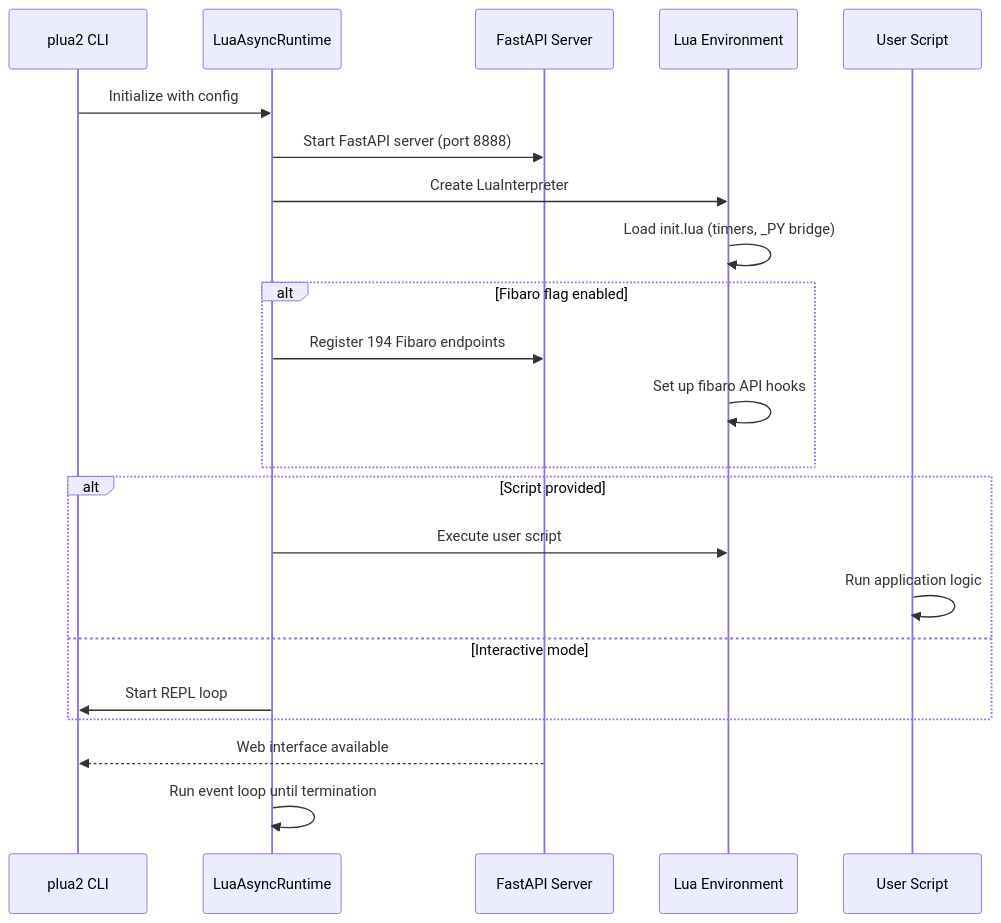
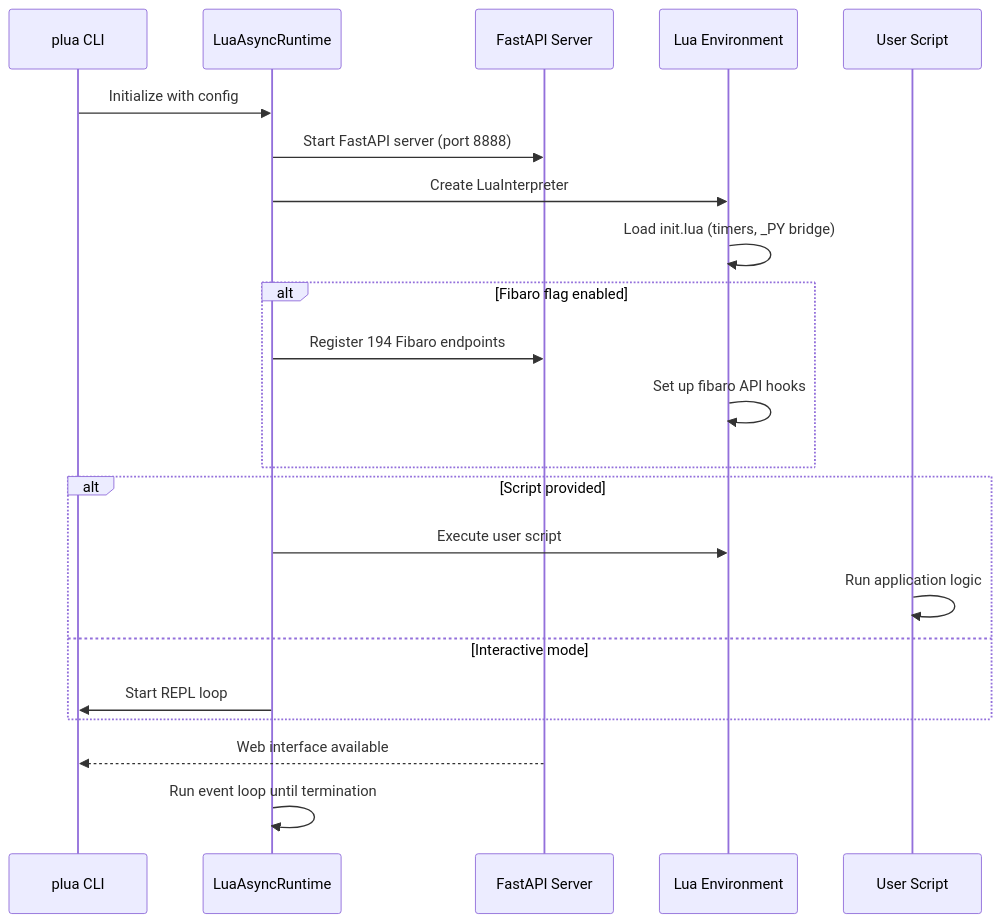
One commit to jangabrielsson/plua changed the tenth of 10 diagrams in ARCHITECTURE.md. Above: the diagram before and after it, drawn with Mermaid. The commit also changed other lines of this file and 156 other files, not shown here.

````diff
--- a/ARCHITECTURE.md
+++ b/ARCHITECTURE.md
@@ -453,28 +453,28 @@
 ```mermaid
 sequenceDiagram
-    participant CLI as plua2 CLI
+    participant CLI as plua CLI
     participant Runtime as LuaAsyncRuntime
     participant API as FastAPI Server
     participant Lua as Lua Environment
     participant Script as User Script
     
     CLI->>Runtime: Initialize with config
     Runtime->>API: Start FastAPI server (port 8888)
     Runtime->>Lua: Create LuaInterpreter
     Lua->>Lua: Load init.lua (timers, _PY bridge)
     
     alt Fibaro flag enabled
         Runtime->>API: Register 194 Fibaro endpoints
         Lua->>Lua: Set up fibaro API hooks
     end
     
     alt Script provided
         Runtime->>Lua: Execute user script
         Script->>Script: Run application logic
     else Interactive mode
         Runtime->>CLI: Start REPL loop
     end
     
     API-->>CLI: Web interface available
     Runtime->>Runtime: Run event loop until termination
 ```
````
